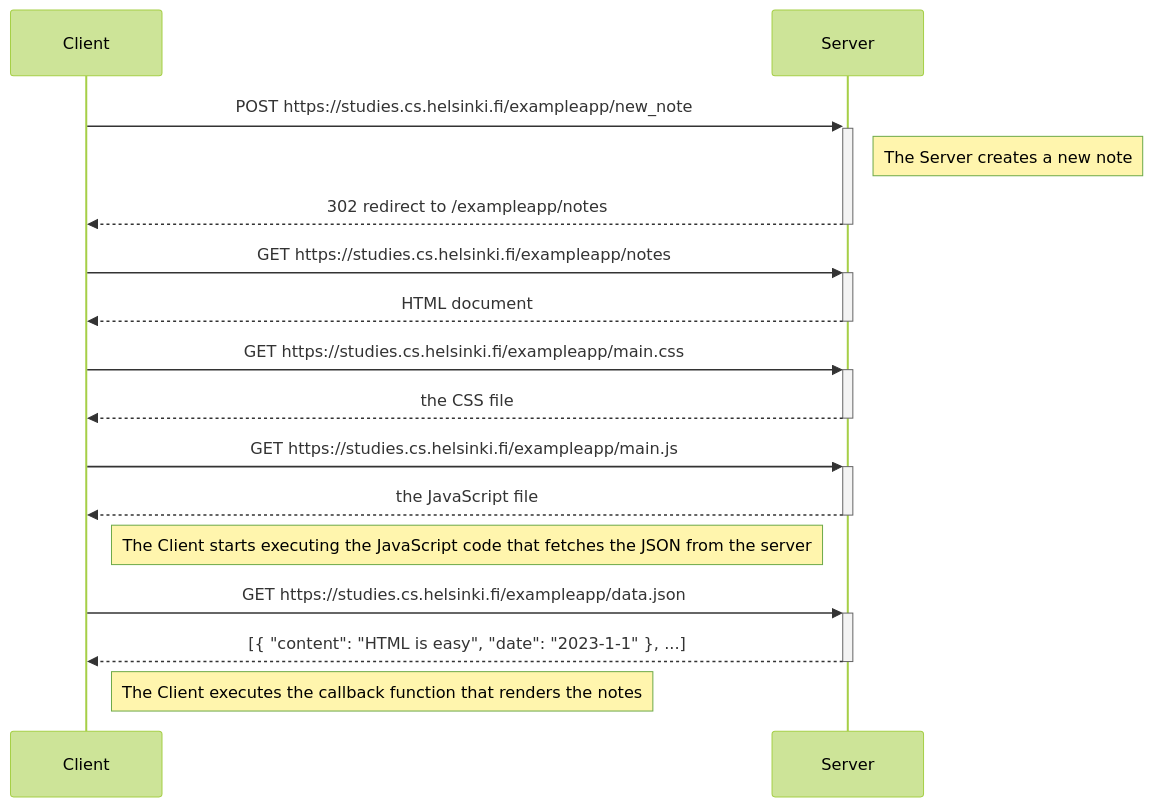
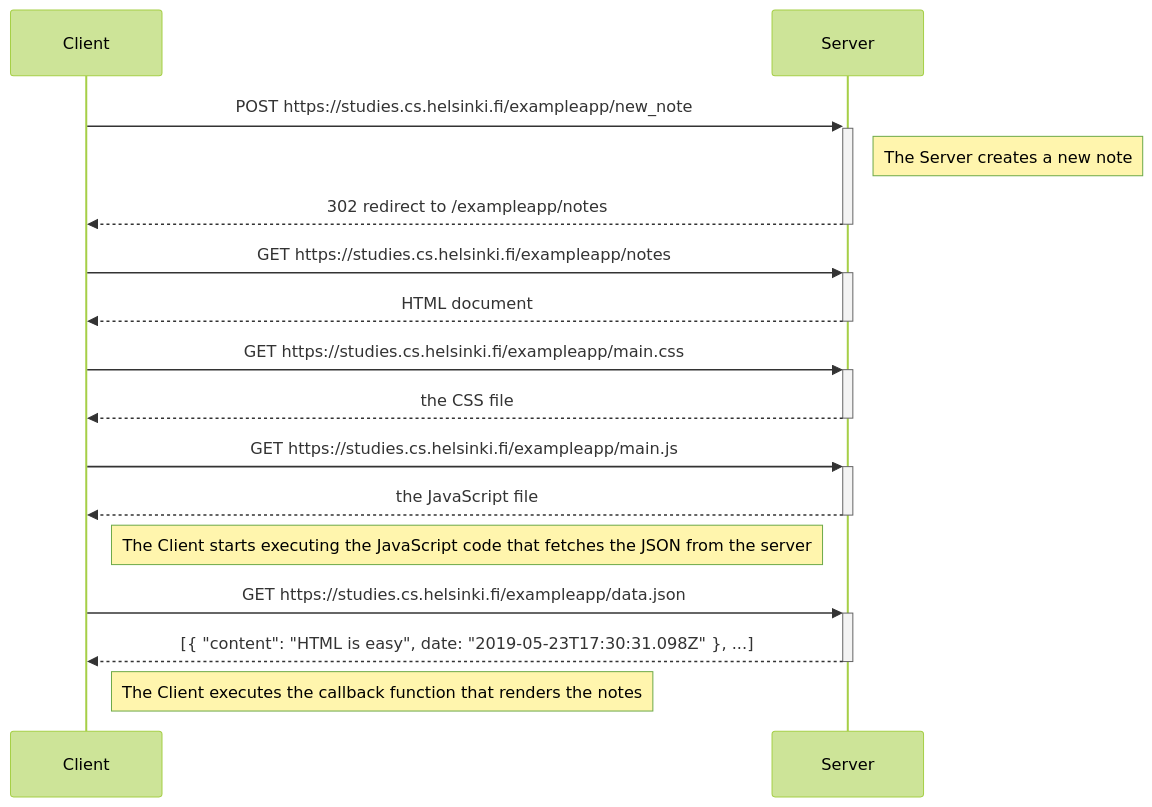
One commit to neptune777/palautusrepositorio changed the diagram in osa0/0.4.md. Above: the diagram before and after it, drawn with Mermaid (forest theme).

Commit message:
Update JSON date format in documentation

````diff
--- a/osa0/0.4.md
+++ b/osa0/0.4.md
@@ -3,22 +3,22 @@
 ```mermaid
 sequenceDiagram
     Client->>+Server: POST https://studies.cs.helsinki.fi/exampleapp/new_note
     Note right of Server: The Server creates a new note
     Server-->>-Client: 302 redirect to /exampleapp/notes
 
     Client->>+Server: GET https://studies.cs.helsinki.fi/exampleapp/notes
     Server-->>-Client: HTML document
 
     Client->>+Server: GET https://studies.cs.helsinki.fi/exampleapp/main.css
     Server-->>-Client: the CSS file
 
     Client->>+Server: GET https://studies.cs.helsinki.fi/exampleapp/main.js
     Server-->>-Client: the JavaScript file
 
     Note right of Client: The Client starts executing the JavaScript code that fetches the JSON from the server
 
     Client->>+Server: GET https://studies.cs.helsinki.fi/exampleapp/data.json
-    Server-->>-Client: [{ "content": "HTML is easy", "date": "2023-1-1" }, ...]
+    Server-->>-Client: [{ "content": "HTML is easy", date: "2019-05-23T17:30:31.098Z" }, ...]
 
     Note right of Client: The Client executes the callback function that renders the notes
 ```
````
